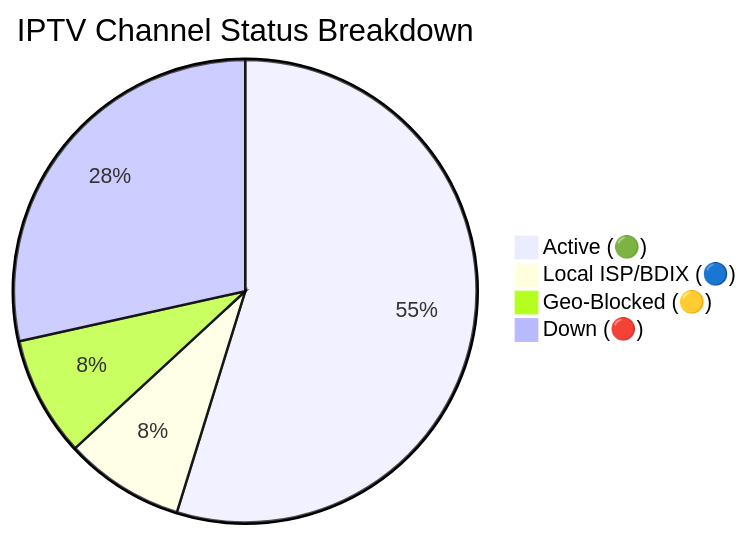
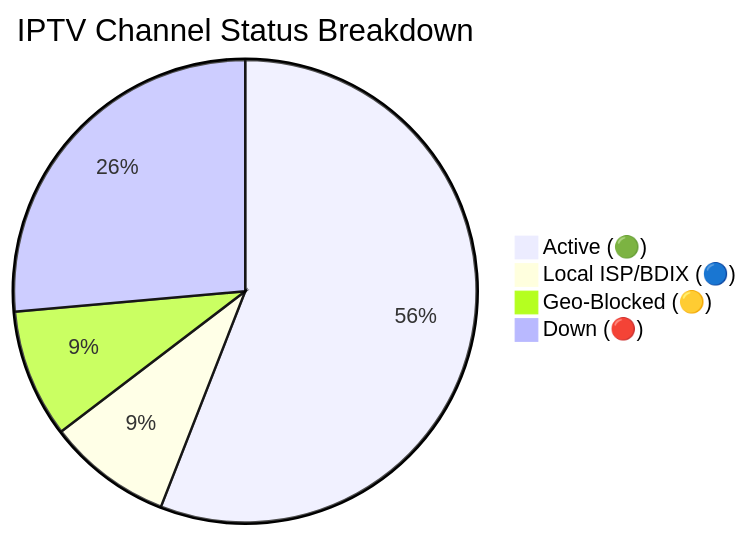
The diagram in README.md (Zaman-Topu/Ip-tv-Collection), drawn with Mermaid before and after one commit. The commit also changed other lines of this file and 6 other files, not shown here.

````diff
--- a/README.md
+++ b/README.md
@@ -149,7 +149,7 @@
 ```mermaid
 pie title IPTV Channel Status Breakdown
-    "Active (🟢)" : 10591
-    "Local ISP/BDIX (🔵)" : 1618
-    "Geo-Blocked (🟡)" : 1622
-    "Down (🔴)" : 5505
+    "Active (🟢)" : 10365
+    "Local ISP/BDIX (🔵)" : 1612
+    "Geo-Blocked (🟡)" : 1659
+    "Down (🔴)" : 4894
 ```
````
